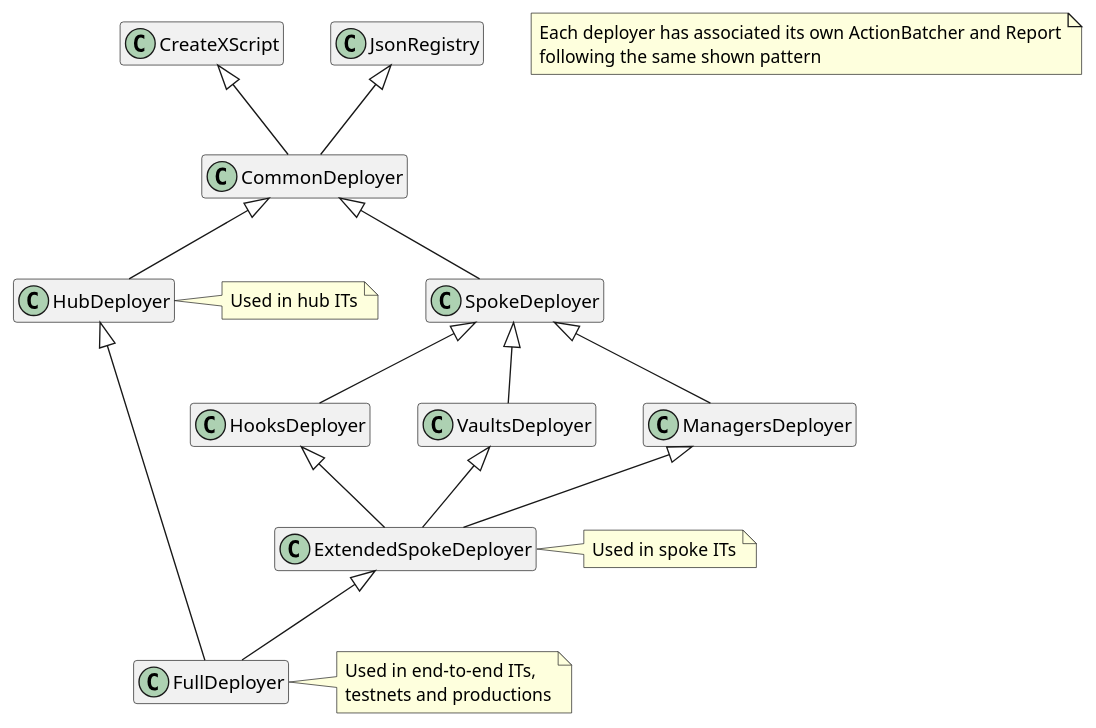
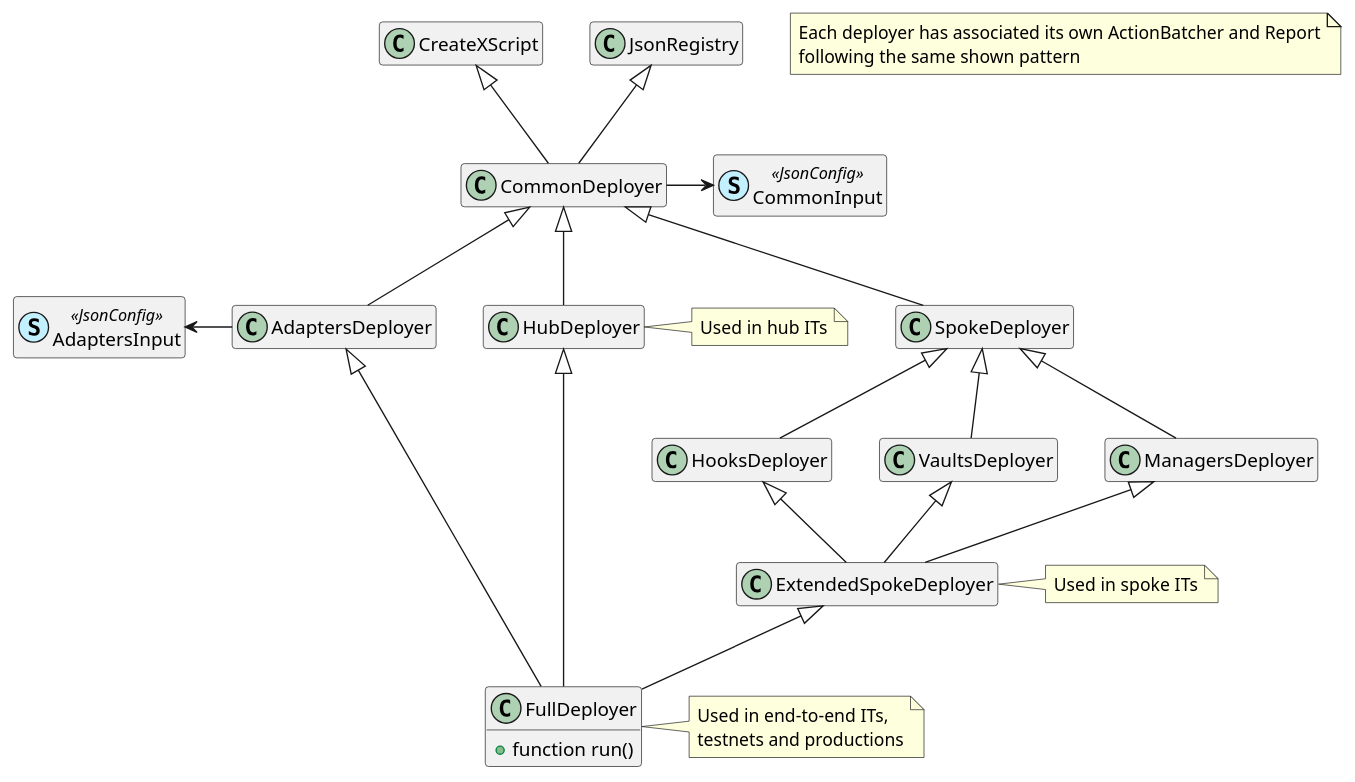
One commit to centrifuge/protocol changed the diagram in docs/architecture/deployers.puml. Above: the diagram before and after it, drawn with PlantUML.

Commit message:
add diagram

```diff
--- a/docs/architecture/deployers.puml
+++ b/docs/architecture/deployers.puml
@@ -1,38 +1,50 @@
 @startuml
 hide empty members
 
 note "Each deployer has associated its own ActionBatcher and Report\nfollowing the same shown pattern" as N1
 
 class JsonRegistry
 class CreateXScript
 
 class CommonDeployer
 class HubDeployer
 class SpokeDeployer
-class FullDeployer
+class AdaptersDeployer
 
 class ManagersDeployer
 class VaultsDeployer
 class HooksDeployer
 class ExtendedSpokeDeployer
 
+class FullDeployer {
+    + function run()
+}
+
+class CommonInput << (S,application) JsonConfig >>
+class AdaptersInput << (S,application) JsonConfig >>
+
 CommonDeployer -up-|> JsonRegistry
 CommonDeployer -up-|> CreateXScript
 HubDeployer -up-|> CommonDeployer
 SpokeDeployer -up-|> CommonDeployer
+AdaptersDeployer -up-|> CommonDeployer
 
 ManagersDeployer -up-|> SpokeDeployer
 VaultsDeployer -up-|> SpokeDeployer
 HooksDeployer -up-|> SpokeDeployer
 
 ExtendedSpokeDeployer -up-|> ManagersDeployer
 ExtendedSpokeDeployer -up-|> VaultsDeployer
 ExtendedSpokeDeployer -up-|> HooksDeployer
 
 FullDeployer -up---|> HubDeployer
 FullDeployer -up-|> ExtendedSpokeDeployer
+FullDeployer -up---|> AdaptersDeployer
+
+CommonDeployer -> CommonInput
+AdaptersDeployer -left> AdaptersInput
 
 note right of ExtendedSpokeDeployer: Used in spoke ITs
 note right of HubDeployer: Used in hub ITs
 note right of FullDeployer: Used in end-to-end ITs,\ntestnets and productions
 @enduml
```
